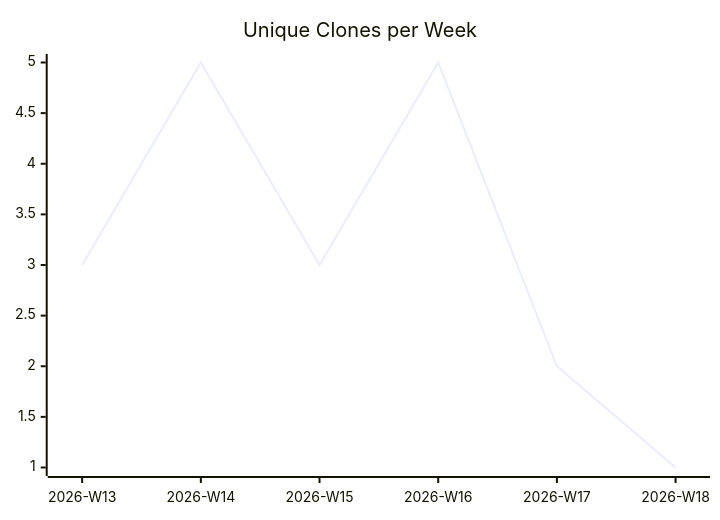
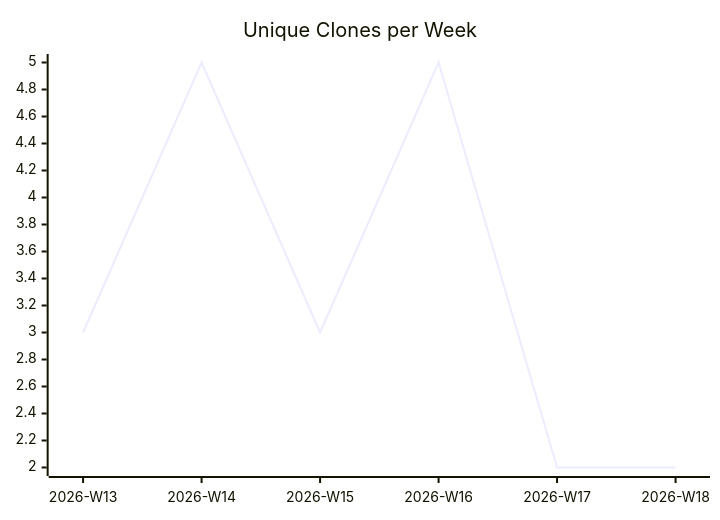
The third of 3 diagrams in karlmdavis/ansible-role-bind-dns/README.md (justdavis-family/github-analytics-data), drawn with Mermaid before and after one commit. The commit also changed other lines of this file and 184 other files, not shown here.

````diff
--- a/karlmdavis/ansible-role-bind-dns/README.md
+++ b/karlmdavis/ansible-role-bind-dns/README.md
@@ -19,6 +19,6 @@
 ```mermaid
 xychart-beta
   title "Unique Clones per Week"
   x-axis ["2026-W13", "2026-W14", "2026-W15", "2026-W16", "2026-W17", "2026-W18"]
-  line [3, 5, 3, 5, 2, 1]
+  line [3, 5, 3, 5, 2, 2]
 ```
````
